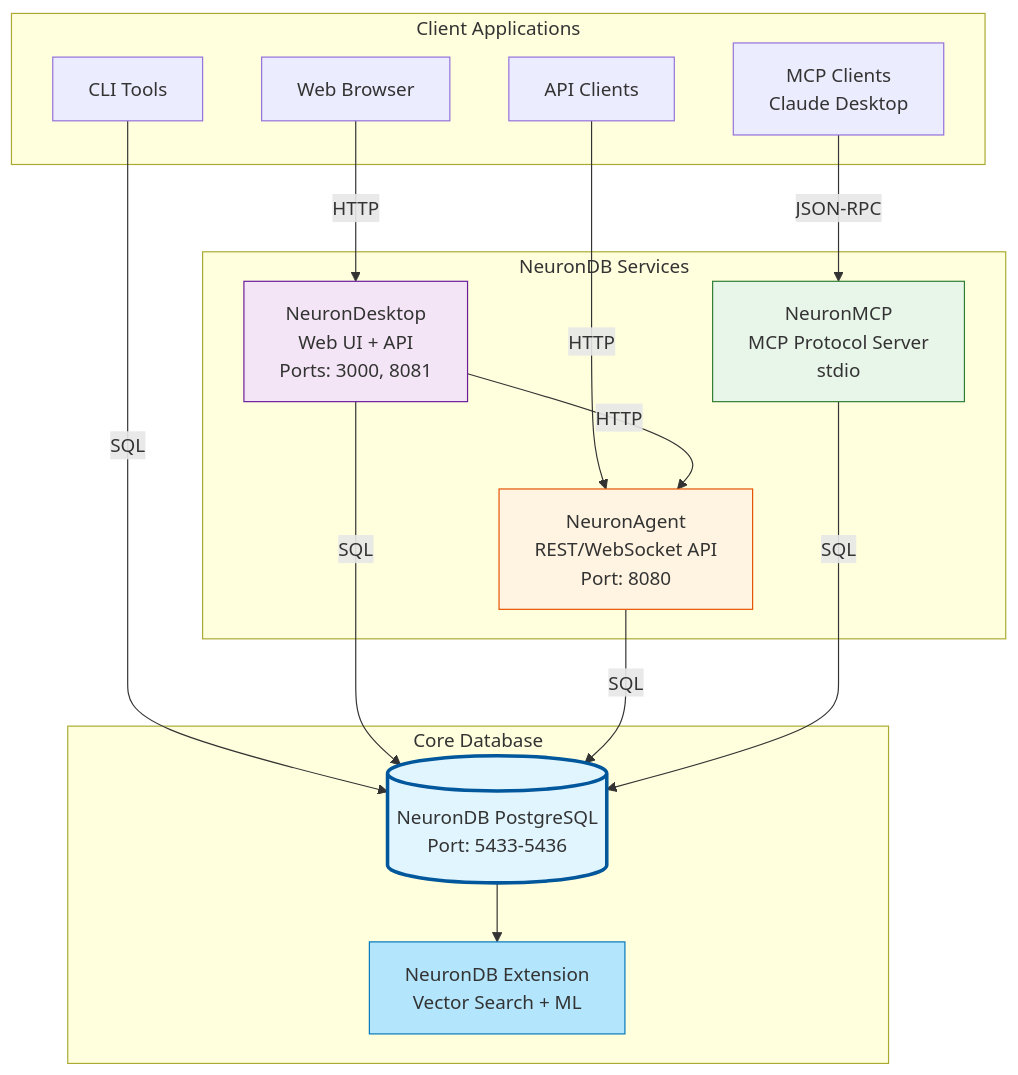
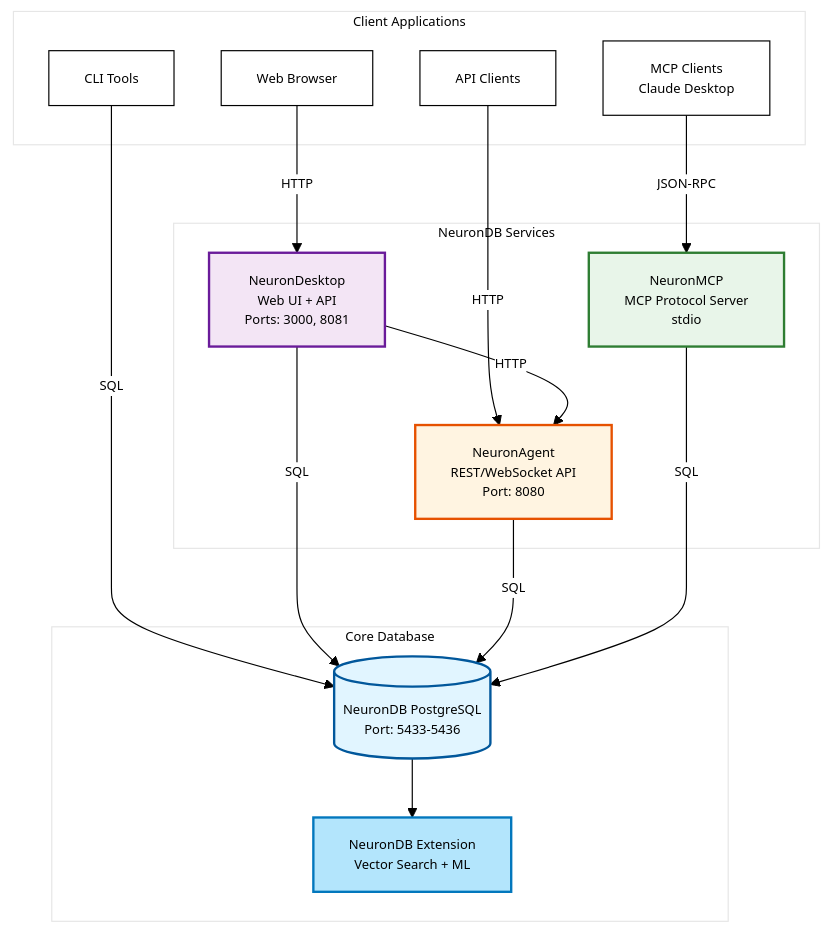
The first of 2 diagrams in README.md (neurondb/neurondb), drawn with Mermaid before and after one commit. The commit also changed other lines of this file and 7 other files, not shown here.

````diff
--- a/README.md
+++ b/README.md
@@ -307,38 +306,39 @@
 ```mermaid
+%%{init: {'theme':'base', 'themeVariables': {'fontSize':'11px', 'primaryColor':'#fff', 'primaryTextColor':'#000', 'primaryBorderColor':'#000', 'lineColor':'#000', 'secondaryColor':'#fff', 'tertiaryColor':'#fff'}, 'flowchart': {'nodeSpacing': 40, 'rankSpacing': 50, 'curve': 'basis'}}}%%
 flowchart TB
     subgraph Clients["Client Applications"]
         CLI[CLI Tools]
         WEB[Web Browser]
         MCP_CLIENT[MCP Clients<br/>Claude Desktop]
         API_CLIENT[API Clients]
     end
     
     subgraph Services["NeuronDB Services"]
         DESKTOP[NeuronDesktop<br/>Web UI + API<br/>Ports: 3000, 8081]
         AGENT[NeuronAgent<br/>REST/WebSocket API<br/>Port: 8080]
         MCP[NeuronMCP<br/>MCP Protocol Server<br/>stdio]
     end
     
     subgraph Core["Core Database"]
         DB[(NeuronDB PostgreSQL<br/>Port: 5433-5436)]
         EXT[NeuronDB Extension<br/>Vector Search + ML]
     end
     
     CLI -->|SQL| DB
     WEB -->|HTTP| DESKTOP
     MCP_CLIENT -->|JSON-RPC| MCP
     API_CLIENT -->|HTTP| AGENT
     
     DESKTOP -->|HTTP| AGENT
     DESKTOP -->|SQL| DB
     AGENT -->|SQL| DB
     MCP -->|SQL| DB
     
     DB --> EXT
     
-    style DB fill:#e1f5ff,stroke:#01579b,stroke-width:3px
-    style EXT fill:#b3e5fc,stroke:#0277bd
-    style AGENT fill:#fff4e1,stroke:#e65100
-    style MCP fill:#e8f5e9,stroke:#2e7d32
-    style DESKTOP fill:#f3e5f5,stroke:#6a1b9a
+    style DB fill:#e1f5ff,stroke:#01579b,stroke-width:2px
+    style EXT fill:#b3e5fc,stroke:#0277bd,stroke-width:2px
+    style AGENT fill:#fff4e1,stroke:#e65100,stroke-width:2px
+    style MCP fill:#e8f5e9,stroke:#2e7d32,stroke-width:2px
+    style DESKTOP fill:#f3e5f5,stroke:#6a1b9a,stroke-width:2px
 ```
````
